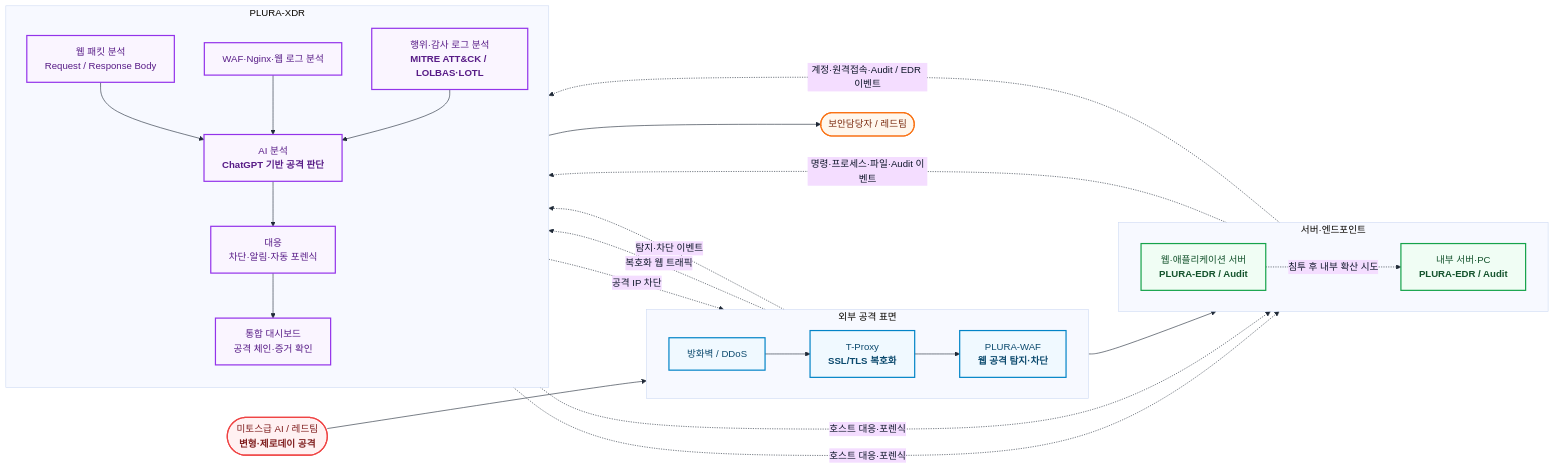
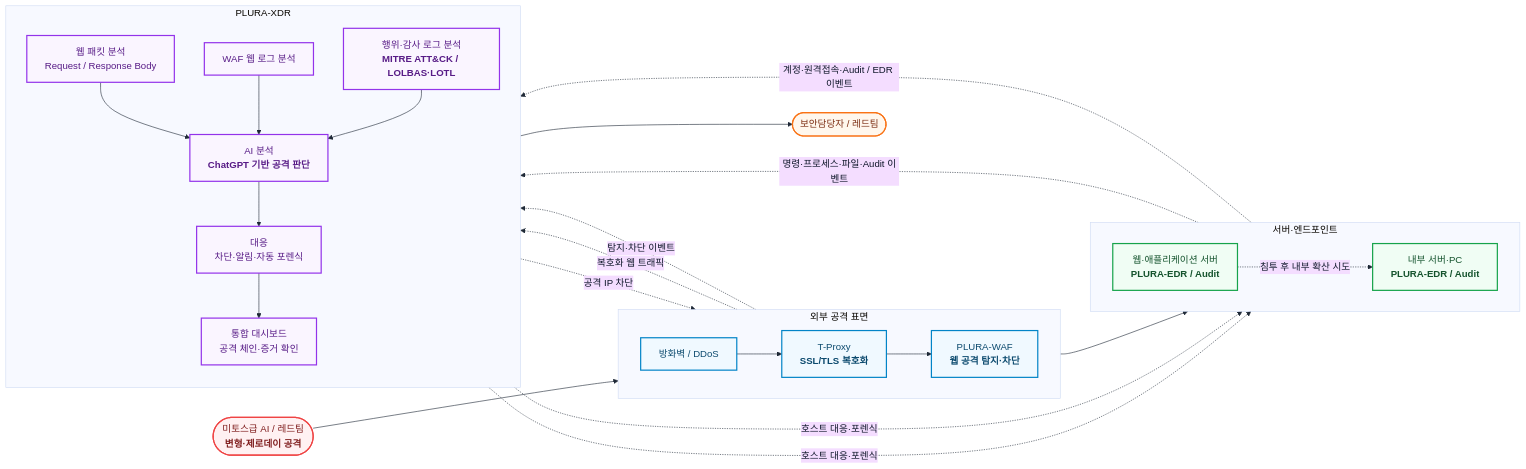
One commit to qubitsec/plura changed the first of 5 diagrams in ko/proposal/lg/poc-full.md. Above: the diagram before and after it, drawn with Mermaid.

````diff
--- a/ko/proposal/lg/poc-full.md
+++ b/ko/proposal/lg/poc-full.md
@@ -24,68 +24,68 @@
 ```mermaid
 %%{init: {
   "theme": "base",
   "themeVariables": {
     "fontFamily": "Pretendard, Noto Sans KR, Arial",
     "background": "#ffffff",
     "primaryTextColor": "#0f172a",
     "lineColor": "#1f2937"
   }
 }}%%
 flowchart LR
 
     ATTACKER(["미토스급 AI / 레드팀<br/><b>변형·제로데이 공격</b>"])
 
     subgraph EDGE["외부 공격 표면"]
         direction LR
         FW["방화벽 / DDoS"]
         TP["T-Proxy<br/><b>SSL/TLS 복호화</b>"]
         WAF["PLURA-WAF<br/><b>웹 공격 탐지·차단</b>"]
     end
 
     subgraph HOST["서버·엔드포인트"]
         direction LR
         WEB["웹·애플리케이션 서버<br/><b>PLURA-EDR / Audit</b>"]
         INTERNAL["내부 서버·PC<br/><b>PLURA-EDR / Audit</b>"]
     end
 
     subgraph XDR["PLURA-XDR"]
         direction TB
         PACKET["웹 패킷 분석<br/>Request / Response Body"]
-        EVENT["WAF·Nginx·웹 로그 분석"]
+        EVENT["WAF 웹 로그 분석"]
         MITRE["행위·감사 로그 분석<br/><b>MITRE ATT&CK / LOLBAS·LOTL</b>"]
         AI["AI 분석<br/><b>ChatGPT 기반 공격 판단</b>"]
         RESPONSE["대응<br/>차단·알림·자동 포렌식"]
         DASH["통합 대시보드<br/>공격 체인·증거 확인"]
     end
 
     SOC(["보안담당자 / 레드팀"])
 
     ATTACKER --> FW --> TP --> WAF --> WEB
     WEB -. "침투 후 내부 확산 시도" .-> INTERNAL
 
     TP -. "복호화 웹 트래픽" .-> PACKET
     WAF -. "탐지·차단 이벤트" .-> EVENT
     WEB -. "명령·프로세스·파일·Audit 이벤트" .-> MITRE
     INTERNAL -. "계정·원격접속·Audit / EDR 이벤트" .-> MITRE
 
     PACKET --> AI
     EVENT --> AI
     MITRE --> AI
     AI --> RESPONSE --> DASH --> SOC
 
     RESPONSE -. "공격 IP 차단" .-> WAF
     RESPONSE -. "호스트 대응·포렌식" .-> WEB
     RESPONSE -. "호스트 대응·포렌식" .-> INTERNAL
 
     classDef attack fill:#fff1f2,stroke:#ef4444,stroke-width:2px,color:#7f1d1d;
     classDef edge fill:#f0f9ff,stroke:#0284c7,stroke-width:2px,color:#0c4a6e;
     classDef host fill:#f0fdf4,stroke:#16a34a,stroke-width:2px,color:#14532d;
     classDef xdr fill:#faf5ff,stroke:#9333ea,stroke-width:2px,color:#581c87;
     classDef soc fill:#fff7ed,stroke:#f97316,stroke-width:2px,color:#7c2d12;
 
     class ATTACKER attack;
     class FW,TP,WAF edge;
     class WEB,INTERNAL host;
     class PACKET,EVENT,MITRE,AI,RESPONSE,DASH xdr;
     class SOC soc;
 ```
````
